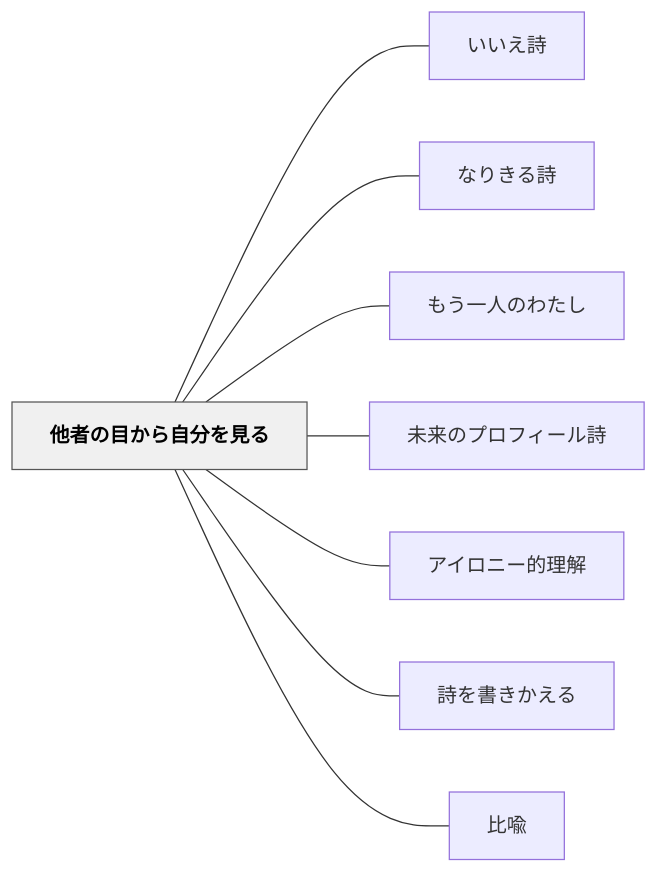
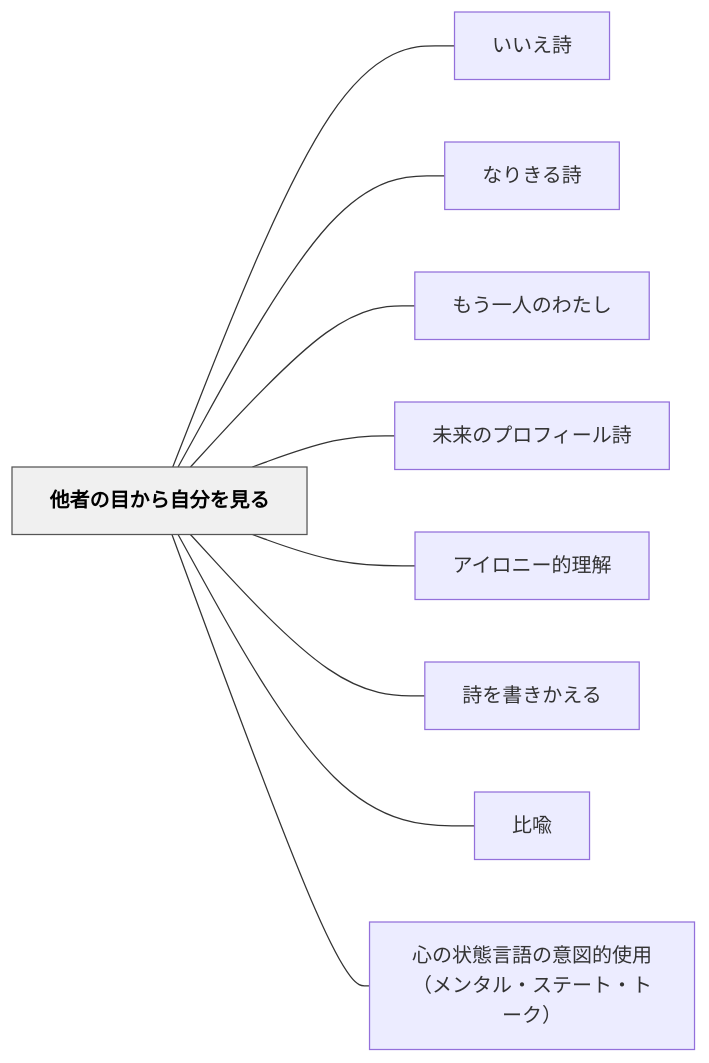
One commit to unknownthings-ed-patterns/unknownthings-ed-patterns changed the diagram in content/パタン/他者の目から自分を見る.md. Above: the diagram before and after it, drawn with Mermaid. The commit also changed other lines of this file and 6 other files, not shown here.

````diff
--- a/content/パタン/他者の目から自分を見る.md
+++ b/content/パタン/他者の目から自分を見る.md
@@ -134,22 +134,24 @@
 ```mermaid
 flowchart LR
     ne4bb96e88085e381aee79baee3818be38289e887aae58886e38292e8a68be3828b["他者の目から自分を見る"]
     ne38184e38184e38188e8a9a9["いいえ詩"]
     ne381aae3828ae3818de3828be8a9a9["なりきる詩"]
     ne38282e38186e4b880e4babae381aee3828fe3819fe38197["もう一人のわたし"]
     ne69caae69da5e381aee38397e383ade38395e382a3e383bce383abe8a9a9["未来のプロフィール詩"]
     ne382a2e382a4e383ade3838be383bce79a84e79086e8a7a3["アイロニー的理解"]
     ne8a9a9e38292e69bb8e3818de3818be38188e3828b["詩を書きかえる"]
     ne6af94e596a9["比喩"]
+    ne5bf83e381aee78ab6e6858be8a880e8aa9ee381aee6848fe59bb3e79a84e4bdbfe794a8efbc88e383a1e383b3e382bfe383abe383bbe382b9e38386e383bce38388e383bbe38388e383bce382afefbc89["心の状態言語の意図的使用（メンタル・ステート・トーク）"]
 
     ne4bb96e88085e381aee79baee3818be38289e887aae58886e38292e8a68be3828b --- ne38184e38184e38188e8a9a9
     ne4bb96e88085e381aee79baee3818be38289e887aae58886e38292e8a68be3828b --- ne381aae3828ae3818de3828be8a9a9
     ne4bb96e88085e381aee79baee3818be38289e887aae58886e38292e8a68be3828b --- ne38282e38186e4b880e4babae381aee3828fe3819fe38197
     ne4bb96e88085e381aee79baee3818be38289e887aae58886e38292e8a68be3828b --- ne69caae69da5e381aee38397e383ade38395e382a3e383bce383abe8a9a9
     ne4bb96e88085e381aee79baee3818be38289e887aae58886e38292e8a68be3828b --- ne382a2e382a4e383ade3838be383bce79a84e79086e8a7a3
     ne4bb96e88085e381aee79baee3818be38289e887aae58886e38292e8a68be3828b --- ne8a9a9e38292e69bb8e3818de3818be38188e3828b
     ne4bb96e88085e381aee79baee3818be38289e887aae58886e38292e8a68be3828b --- ne6af94e596a9
+    ne4bb96e88085e381aee79baee3818be38289e887aae58886e38292e8a68be3828b --- ne5bf83e381aee78ab6e6858be8a880e8aa9ee381aee6848fe59bb3e79a84e4bdbfe794a8efbc88e383a1e383b3e382bfe383abe383bbe382b9e38386e383bce38388e383bbe38388e383bce382afefbc89
 
     classDef hub fill:#f0f0f0,stroke:#555,color:#000,font-weight:bold
     class ne4bb96e88085e381aee79baee3818be38289e887aae58886e38292e8a68be3828b hub
 ```
````
